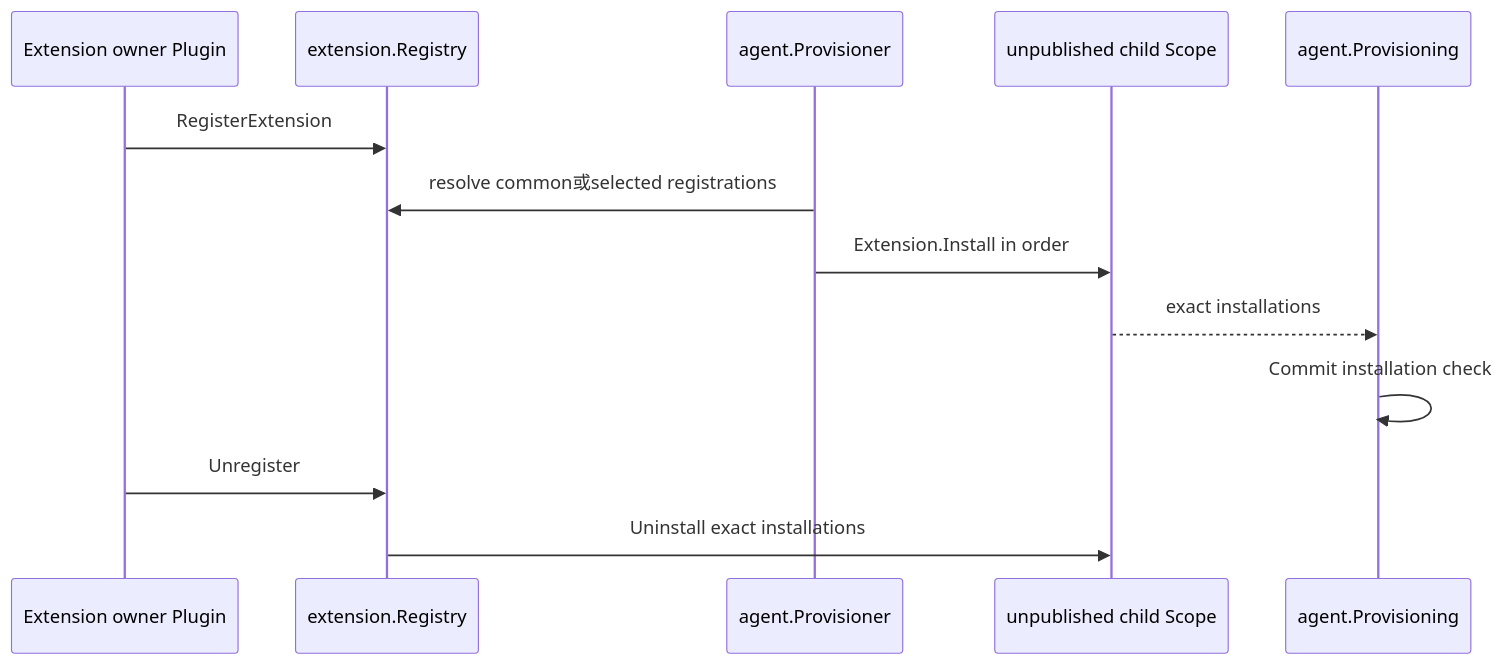
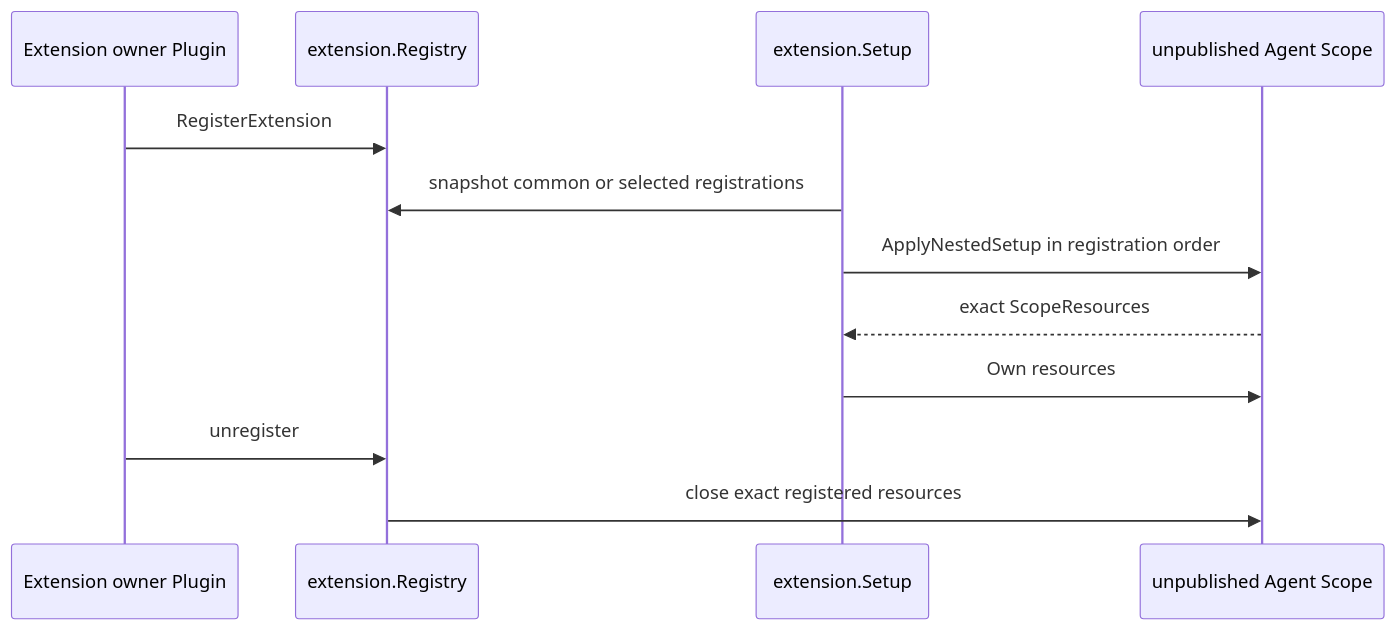
The diagram in subagent/internal/extension/README.zh-CN.md (gorenx/goren), drawn with Mermaid before and after one commit. The commit also changed other lines of this file and 29 other files, not shown here.

Commit message:
docs(agent): record plugin-neutral lifecycle design

````diff
--- a/subagent/internal/extension/README.zh-CN.md
+++ b/subagent/internal/extension/README.zh-CN.md
@@ -7,16 +5,15 @@
 ```mermaid
 sequenceDiagram
-    participant Owner as Extension owner Plugin
+    participant Plugin as Extension owner Plugin
     participant Registry as extension.Registry
-    participant Provisioner as agent.Provisioner
-    participant Scope as unpublished child Scope
-    participant Provisioning as agent.Provisioning
+    participant Setup as extension.Setup
+    participant Scope as unpublished Agent Scope
 
-    Owner->>Registry: RegisterExtension
-    Provisioner->>Registry: resolve common或selected registrations
-    Provisioner->>Scope: Extension.Install in order
-    Scope-->>Provisioning: exact installations
-    Provisioning->>Provisioning: Commit installation check
-    Owner->>Registry: Unregister
-    Registry->>Scope: Uninstall exact installations
+    Plugin->>Registry: RegisterExtension
+    Setup->>Registry: snapshot common or selected registrations
+    Setup->>Scope: ApplyNestedSetup in registration order
+    Scope-->>Setup: exact ScopeResources
+    Setup->>Scope: Own resources
+    Plugin->>Registry: unregister
+    Registry->>Scope: close exact registered resources
 ```
````
